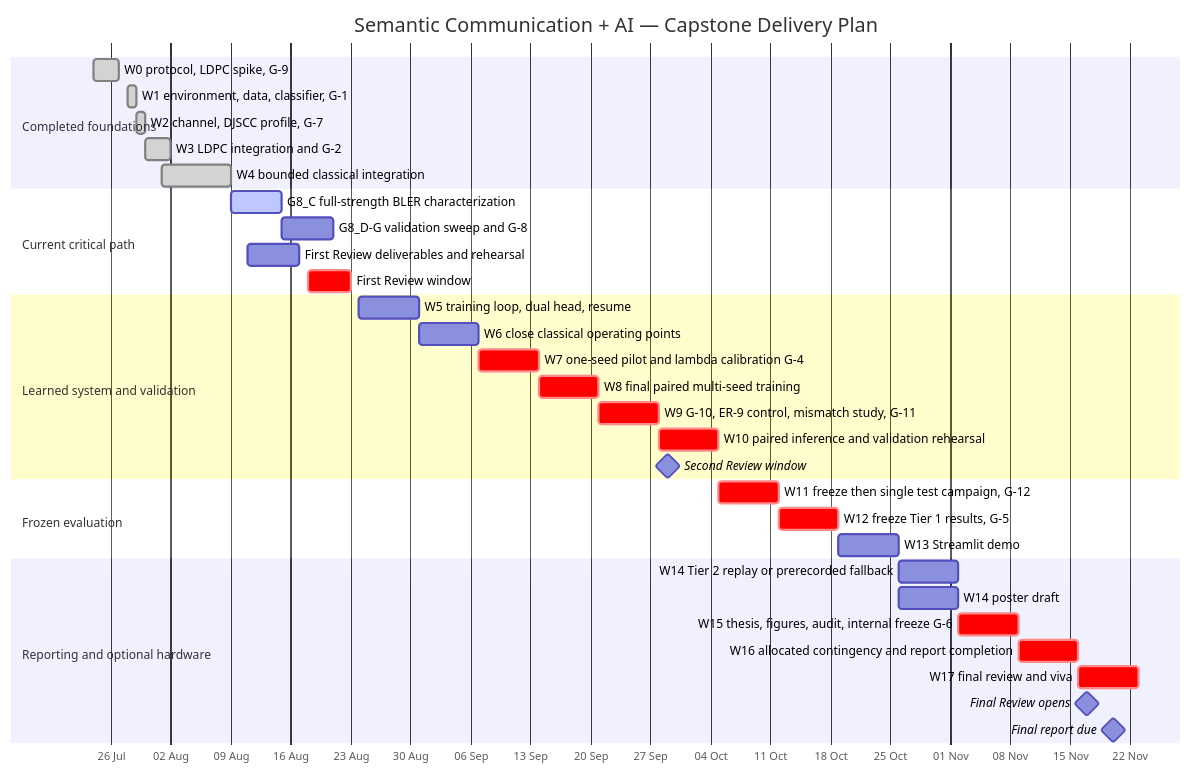
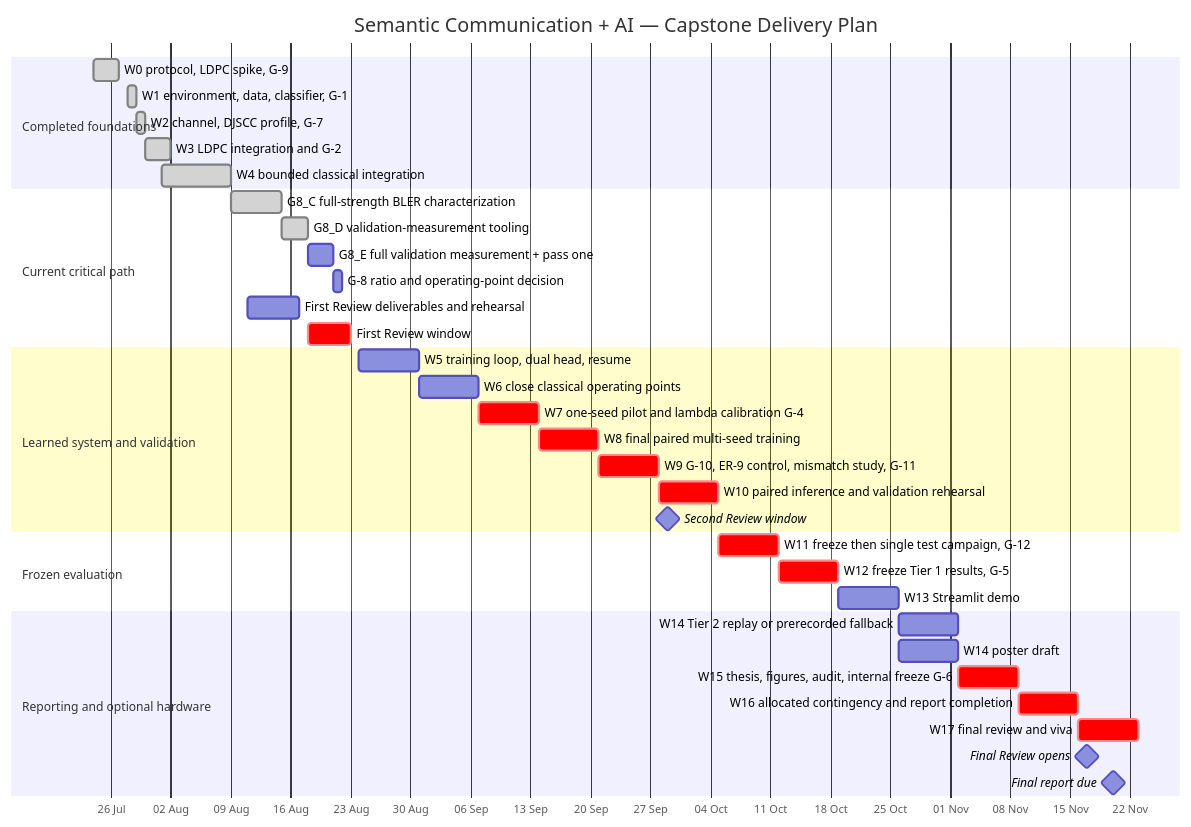
The diagram in docs/gantt-plan.md (nxck2005/capstone), drawn with Mermaid before and after one commit. The commit also changed other lines of this file and 16 other files, not shown here.

````diff
--- a/docs/gantt-plan.md
+++ b/docs/gantt-plan.md
@@ -13,42 +13,44 @@
 ```mermaid
 gantt
     title Semantic Communication + AI — Capstone Delivery Plan
     dateFormat  YYYY-MM-DD
     axisFormat  %d %b
 
     section Completed foundations
     W0 protocol, LDPC spike, G-9                    :done, w0, 2026-07-24, 2026-07-27
     W1 environment, data, classifier, G-1           :done, w1, 2026-07-28, 2026-07-29
     W2 channel, DJSCC profile, G-7                  :done, w2, 2026-07-29, 2026-07-30
     W3 LDPC integration and G-2                     :done, w3, 2026-07-30, 2026-08-02
     W4 bounded classical integration                :done, w4, 2026-08-01, 2026-08-09
 
     section Current critical path
-    G8_C full-strength BLER characterization        :active, g8c, 2026-08-09, 2026-08-15
-    G8_D-G validation sweep and G-8                 :g8rest, after g8c, 6d
+    G8_C full-strength BLER characterization        :done, g8c, 2026-08-09, 2026-08-15
+    G8_D validation-measurement tooling             :done, g8d, after g8c, 3d
+    G8_E full validation measurement + pass one     :g8e, after g8d, 3d
+    G-8 ratio and operating-point decision          :g8, after g8e, 1d
     First Review deliverables and rehearsal         :reviewdocs, 2026-08-11, 2026-08-17
     First Review window                             :crit, r1, 2026-08-18, 5d
 
     section Learned system and validation
     W5 training loop, dual head, resume             :w5, 2026-08-24, 7d
     W6 close classical operating points             :w6, 2026-08-31, 7d
     W7 one-seed pilot and lambda calibration G-4    :crit, w7, 2026-09-07, 7d
     W8 final paired multi-seed training             :crit, w8, 2026-09-14, 7d
     W9 G-10, ER-9 control, mismatch study, G-11     :crit, w9, 2026-09-21, 7d
     W10 paired inference and validation rehearsal    :crit, w10, 2026-09-28, 7d
     Second Review window                            :milestone, r2, 2026-09-29, 0d
 
     section Frozen evaluation
     W11 freeze then single test campaign, G-12      :crit, w11, 2026-10-05, 7d
     W12 freeze Tier 1 results, G-5                  :crit, w12, 2026-10-12, 7d
     W13 Streamlit demo                              :w13, 2026-10-19, 7d
 
     section Reporting and optional hardware
     W14 Tier 2 replay or prerecorded fallback       :w14, 2026-10-26, 7d
     W14 poster draft                                :poster, 2026-10-26, 7d
     W15 thesis, figures, audit, internal freeze G-6 :crit, w15, 2026-11-02, 7d
     W16 allocated contingency and report completion :crit, w16, 2026-11-09, 7d
     W17 final review and viva                       :crit, w17, 2026-11-16, 7d
     Final Review opens                              :milestone, r3, 2026-11-17, 0d
     Final report due                                :milestone, report, 2026-11-20, 0d
 ```
````
